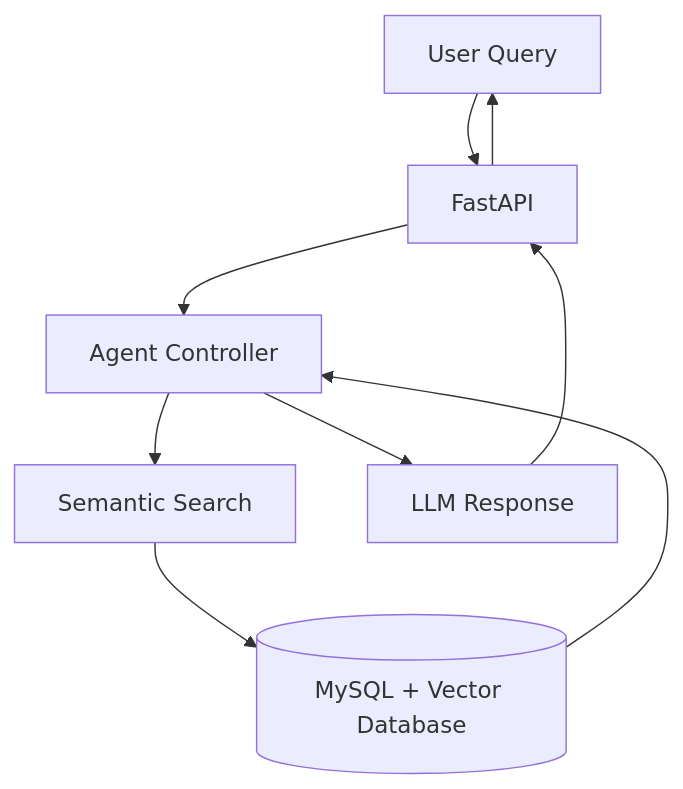
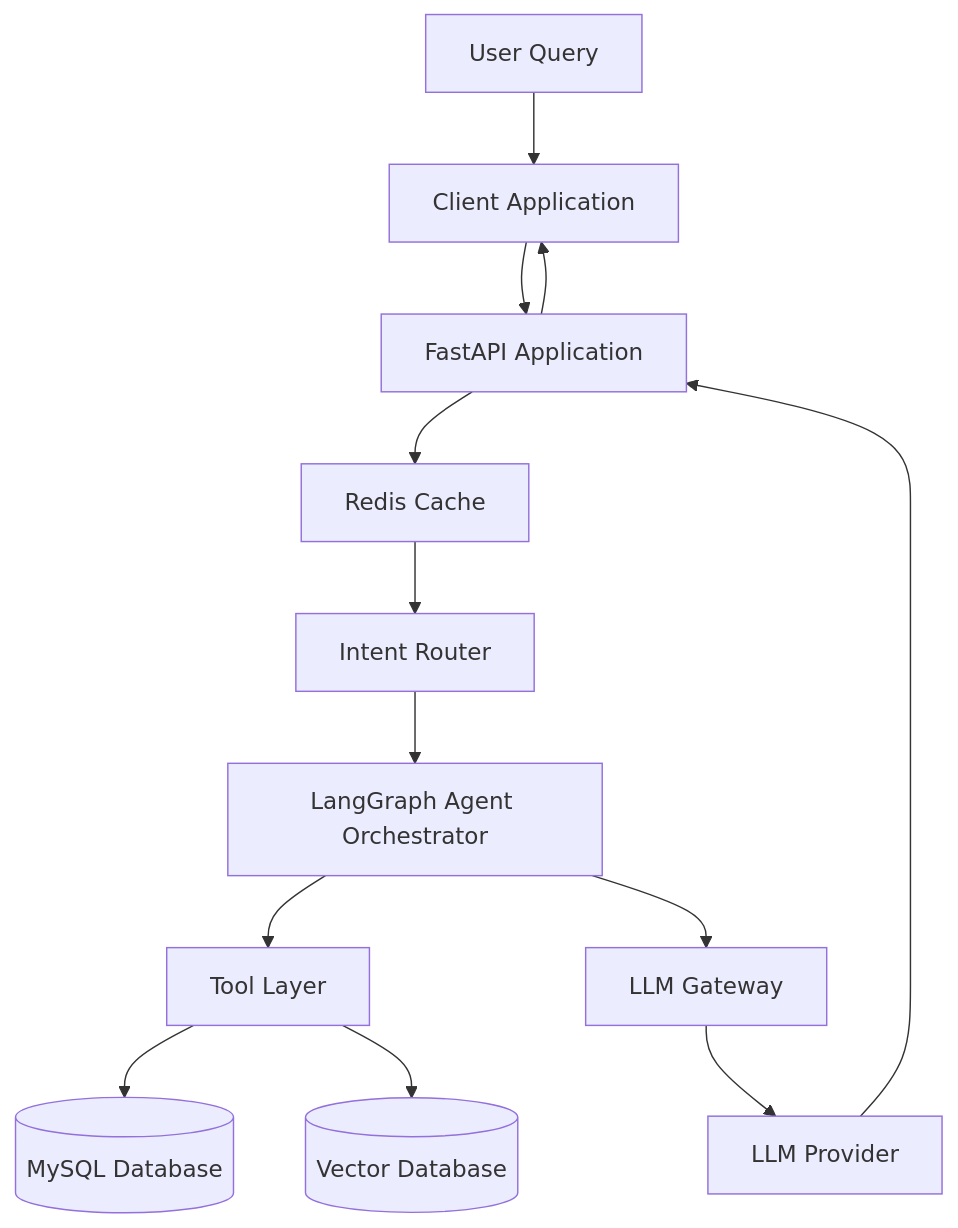
One commit to Rachit47/Arcademia-AI changed the fourth of 25 diagrams in docs/ArcademiaAI_Software_Design_Document.md. Above: the diagram before and after it, drawn with Mermaid. The commit also changed other lines of this file, not shown here.

````diff
--- a/docs/ArcademiaAI_Software_Design_Document.md
+++ b/docs/ArcademiaAI_Software_Design_Document.md
@@ -583,32 +807,50 @@
 ```mermaid
 flowchart TD
 
 User[User Query]
 
-API[FastAPI]
+Client[Client Application]
 
-Agent[Agent Controller]
+API[FastAPI Application]
 
-Search[Semantic Search]
+Cache[Redis Cache]
 
-Storage[(MySQL + Vector Database)]
+Router[Intent Router]
 
-LLM[LLM Response]
+Agent[LangGraph Agent Orchestrator]
+
+Tools[Tool Layer]
+
+MySQL[(MySQL Database)]
+
+Vector[(Vector Database)]
+
+LLMGateway[LLM Gateway]
+
+LLM[LLM Provider]
 
 
-User --> API
+User --> Client
 
-API --> Agent
+Client --> API
 
-Agent --> Search
+API --> Cache
 
-Search --> Storage
+Cache --> Router
 
-Storage --> Agent
+Router --> Agent
 
-Agent --> LLM
+Agent --> Tools
+
+Tools --> MySQL
+
+Tools --> Vector
+
+Agent --> LLMGateway
+
+LLMGateway --> LLM
 
 LLM --> API
 
-API --> User
+API --> Client
 ```
````
